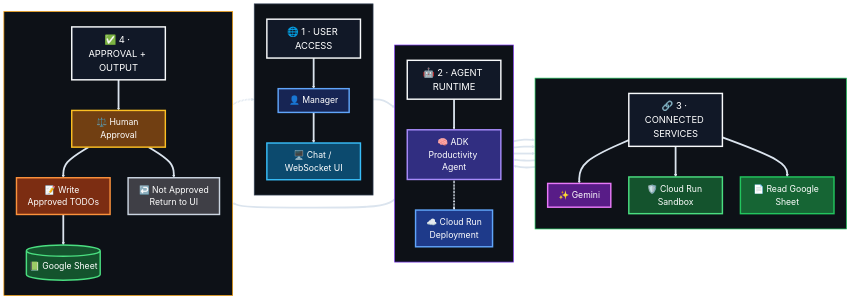
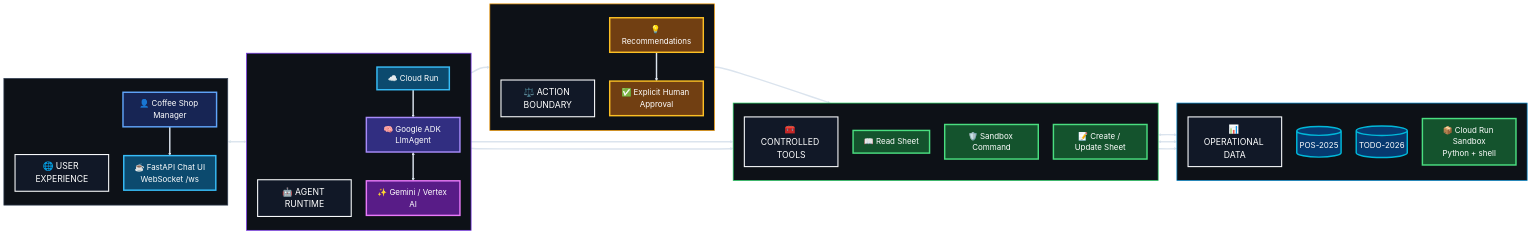
The diagram in 03-track-3-productivity-agent/README.md (sonia11mansha415/google-cloud-genai-academy-apac-cohort-3), drawn with Mermaid before and after one commit. The commit also changed other lines of this file, not shown here.

Commit message:
docs(track3): close the productivity agent build

````diff
--- a/03-track-3-productivity-agent/README.md
+++ b/03-track-3-productivity-agent/README.md
@@ -30,141 +108,80 @@
 ```mermaid
-%%{init: {"theme":"base","themeVariables":{"fontSize":"24px"},"flowchart":{"nodeSpacing":50,"rankSpacing":60,"curve":"basis"}}}%%
-
+%%{init: {"themeVariables": {"fontSize": "22px"}, "flowchart": {"nodeSpacing": 42, "rankSpacing": 52}}}%%
 flowchart LR
 
-    %% =====================================================
-    %% 1 — USER ACCESS
-    %% =====================================================
-    subgraph S1[" "]
+    subgraph ACCESS[" "]
         direction TB
-
-        H1["🌐 1 · USER ACCESS"]
-
-        U["👤 Manager"]
-        W["🖥️ Chat / WebSocket UI"]
-
-        H1 ==> U ==> W
+        AH["🌐 USER EXPERIENCE"]
+        U["👤 Coffee Shop Manager"]
+        UI["☕ FastAPI Chat UI<br/>WebSocket /ws"]
+        U ==> UI
     end
 
-
-    %% =====================================================
-    %% 2 — AGENT RUNTIME
-    %% =====================================================
-    subgraph S2[" "]
+    subgraph AGENT[" "]
         direction TB
-
-        H2["🤖 2 · AGENT RUNTIME"]
-
-        A["🧠 ADK Productivity Agent"]
-        C["☁️ Cloud Run<br/>Deployment"]
-
-        H2 ==> A
-        A -.-> C
+        BH["🤖 AGENT RUNTIME"]
+        CR["☁️ Cloud Run"]
+        A["🧠 Google ADK LlmAgent"]
+        G["✨ Gemini / Vertex AI"]
+        CR ==> A
+        A <==> G
     end
 
-
-    %% =====================================================
-    %% 3 — CONNECTED SERVICES
-    %% =====================================================
-    subgraph S3[" "]
+    subgraph TOOLS[" "]
         direction TB
-
-        H3["🔗 3 · CONNECTED SERVICES"]
-
-        G["✨ Gemini"]
-        S["🛡️ Cloud Run Sandbox"]
-        R["📄 Read Google Sheet"]
-
-        H3 ==> G
-        H3 ==> S
-        H3 ==> R
+        CH["🧰 CONTROLLED TOOLS"]
+        R["📖 Read Sheet"]
+        S["🛡️ Sandbox Command"]
+        W["📝 Create / Update Sheet"]
     end
 
-
-    %% =====================================================
-    %% 4 — APPROVAL + OUTPUT
-    %% =====================================================
-    subgraph S4[" "]
+    subgraph DATA[" "]
         direction TB
-
-        H4["✅ 4 · APPROVAL + OUTPUT"]
-
-        H["⚖️ Human Approval"]
-        X["📝 Write Approved TODOs"]
-        D[("📗 Google Sheet")]
-        N["↩️ Not Approved<br/>Return to UI"]
-
-        H4 ==> H
-        H --> X
-        X --> D
-        H --> N
+        DH["📊 OPERATIONAL DATA"]
+        P[("POS-2025")]
+        T[("TODO-2026")]
+        SB["📦 Cloud Run Sandbox<br/>Python + shell"]
     end
 
+    subgraph APPROVAL[" "]
+        direction TB
+        EH["⚖️ ACTION BOUNDARY"]
+        REC["💡 Recommendations"]
+        H["✅ Explicit Human Approval"]
+        REC ==> H
+    end
 
-    %% =====================================================
-    %% MAIN FLOW
-    %% =====================================================
-    W ==> A
+    UI <==> A
+    A ==> R
+    A ==> S
+    R <==> P
+    S <==> SB
+    A ==> REC
+    H ==> W
+    W ==> T
 
-    A ==> G
-    A ==> S
-    A ==> R
+    classDef header fill:#111827,stroke:#f8fafc,stroke-width:3px,color:#ffffff,font-size:24px;
+    classDef user fill:#172554,stroke:#60a5fa,stroke-width:4px,color:#ffffff,font-size:22px;
+    classDef app fill:#0c4a6e,stroke:#38bdf8,stroke-width:4px,color:#ffffff,font-size:22px;
+    classDef agent fill:#312e81,stroke:#a78bfa,stroke-width:4px,color:#ffffff,font-size:22px;
+    classDef model fill:#581c87,stroke:#e879f9,stroke-width:4px,color:#ffffff,font-size:22px;
+    classDef safe fill:#14532d,stroke:#4ade80,stroke-width:4px,color:#ffffff,font-size:22px;
+    classDef data fill:#063970,stroke:#00b8d9,stroke-width:4px,color:#ffffff,font-size:22px;
+    classDef approval fill:#713f12,stroke:#fbbf24,stroke-width:4px,color:#ffffff,font-size:22px;
 
-    S ==> A
-    R ==> A
+    class AH,BH,CH,DH,EH header;
+    class U user;
+    class UI,CR app;
+    class A agent;
+    class G model;
+    class R,S,W,SB safe;
+    class P,T data;
+    class REC,H approval;
 
-    A ==> H
-    N -.-> W
-
-
-    %% =====================================================
-    %% PREMIUM STYLES
-    %% =====================================================
-    classDef header fill:#111827,stroke:#f8fafc,stroke-width:4px,color:#ffffff,font-size:26px;
-    classDef user fill:#172554,stroke:#60a5fa,stroke-width:4px,color:#ffffff,font-size:24px;
-    classDef ui fill:#0c4a6e,stroke:#38bdf8,stroke-width:4px,color:#ffffff,font-size:24px;
-
-    classDef agent fill:#312e81,stroke:#a78bfa,stroke-width:4px,color:#ffffff,font-size:24px;
-    classDef runtime fill:#1e3a8a,stroke:#60a5fa,stroke-width:4px,color:#ffffff,font-size:24px;
-
-    classDef model fill:#581c87,stroke:#e879f9,stroke-width:4px,color:#ffffff,font-size:24px;
-    classDef safe fill:#14532d,stroke:#4ade80,stroke-width:4px,color:#ffffff,font-size:24px;
-    classDef read fill:#166534,stroke:#22c55e,stroke-width:4px,color:#ffffff,font-size:24px;
-
-    classDef approval fill:#713f12,stroke:#fbbf24,stroke-width:4px,color:#ffffff,font-size:24px;
-    classDef write fill:#7c2d12,stroke:#fb923c,stroke-width:4px,color:#ffffff,font-size:24px;
-    classDef sheet fill:#14532d,stroke:#4ade80,stroke-width:4px,color:#ffffff,font-size:24px;
-    classDef reject fill:#3f3f46,stroke:#cbd5e1,stroke-width:4px,color:#ffffff,font-size:24px;
-
-    class H1,H2,H3,H4 header;
-
-    class U user;
-    class W ui;
-
-    class A agent;
-    class C runtime;
-
-    class G model;
-    class S safe;
-    class R read;
-
-    class H approval;
-    class X write;
-    class D sheet;
-    class N reject;
-
-
-    %% =====================================================
-    %% CONTAINER STYLES
-    %% =====================================================
-    style S1 fill:#0d1117,stroke:#334155,stroke-width:2px
-    style S2 fill:#0d1117,stroke:#7c3aed,stroke-width:2px
-    style S3 fill:#0d1117,stroke:#22c55e,stroke-width:2px
-    style S4 fill:#0d1117,stroke:#f59e0b,stroke-width:2px
-
-
-    %% =====================================================
-    %% CONNECTORS
-    %% =====================================================
-    linkStyle default stroke:#dbe4ee,stroke-width:5px;
+    style ACCESS fill:#0d1117,stroke:#334155,stroke-width:2px
+    style AGENT fill:#0d1117,stroke:#7c3aed,stroke-width:2px
+    style TOOLS fill:#0d1117,stroke:#22c55e,stroke-width:2px
+    style DATA fill:#0d1117,stroke:#0284c7,stroke-width:2px
+    style APPROVAL fill:#0d1117,stroke:#f59e0b,stroke-width:2px
+    linkStyle default stroke:#dbe4ee,stroke-width:4px;
 ```
````
